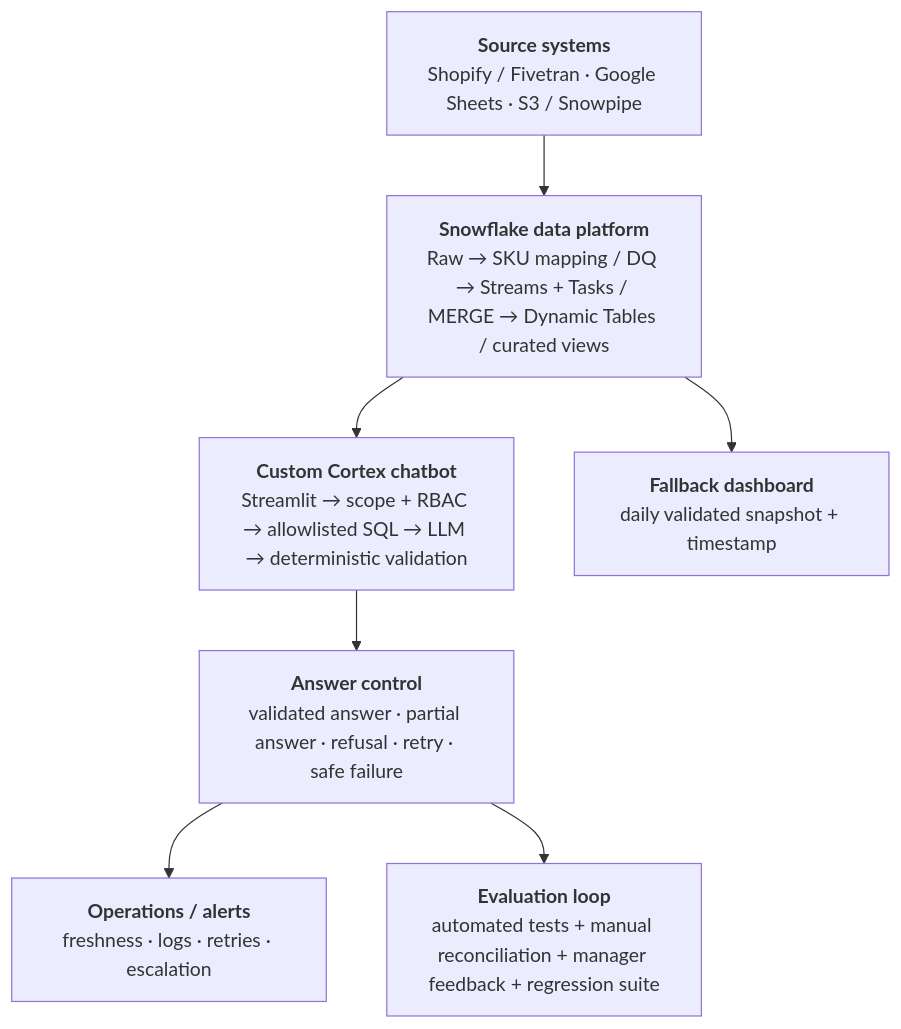
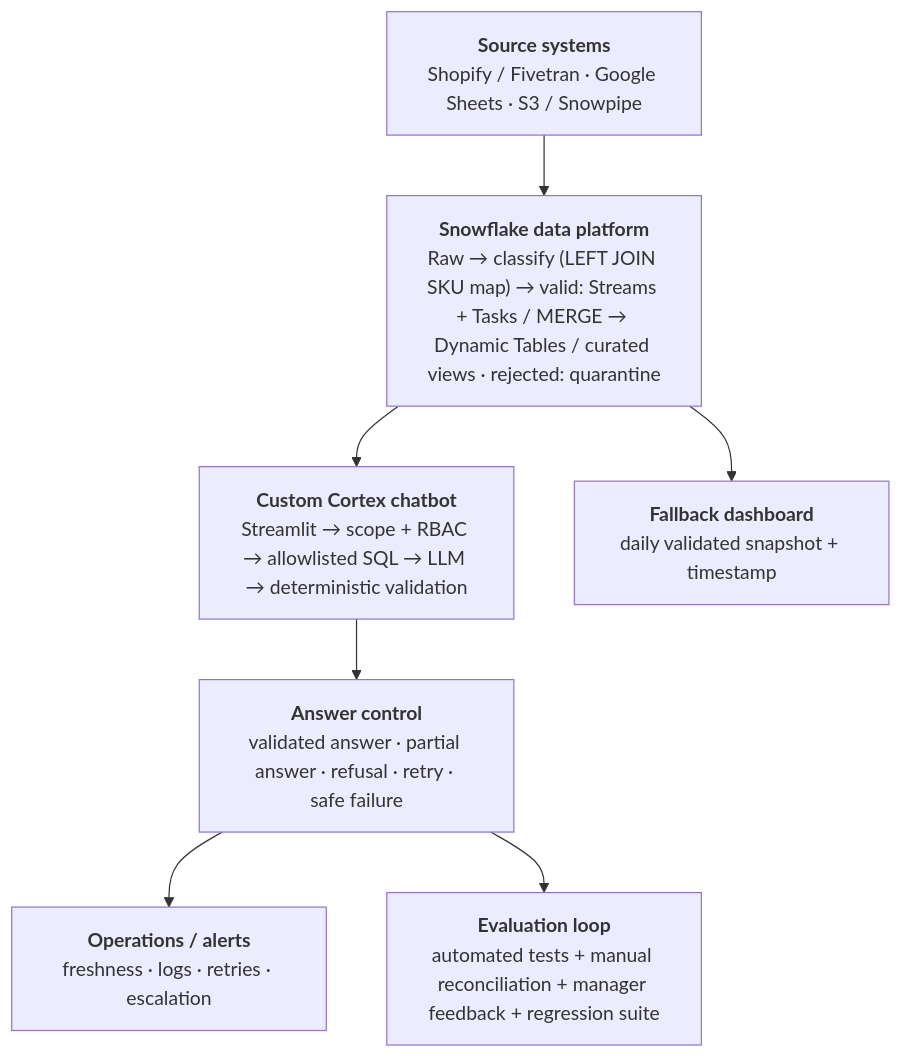
The first of 2 diagrams in README.md (rameenft/ai-operations-assistant), drawn with Mermaid before and after one commit. The commit also changed other lines of this file and 7 other files, not shown here.

First line of the commit message:
Add quarantine-based error handling and compact the architecture diagram

````diff
--- a/README.md
+++ b/README.md
@@ -57,17 +88,17 @@
 ```mermaid
 flowchart TD
     SRC["<b>Source systems</b><br/>Shopify / Fivetran · Google Sheets · S3 / Snowpipe"]
-    SNOW["<b>Snowflake data platform</b><br/>Raw → SKU mapping / DQ → Streams + Tasks / MERGE → Dynamic Tables / curated views"]
+    SNOW["<b>Snowflake data platform</b><br/>Raw → classify (LEFT JOIN SKU map) → valid: Streams + Tasks / MERGE → Dynamic Tables / curated views · rejected: quarantine"]
     BOT["<b>Custom Cortex chatbot</b><br/>Streamlit → scope + RBAC → allowlisted SQL → LLM → deterministic validation"]
     DASH["<b>Fallback dashboard</b><br/>daily validated snapshot + timestamp"]
     CTRL["<b>Answer control</b><br/>validated answer · partial answer · refusal · retry · safe failure"]
     OPS["<b>Operations / alerts</b><br/>freshness · logs · retries · escalation"]
     EVAL["<b>Evaluation loop</b><br/>automated tests + manual reconciliation + manager feedback + regression suite"]
 
     SRC --> SNOW
     SNOW --> BOT
     SNOW --> DASH
     BOT --> CTRL
     CTRL --> OPS
     CTRL --> EVAL
 ```
````
